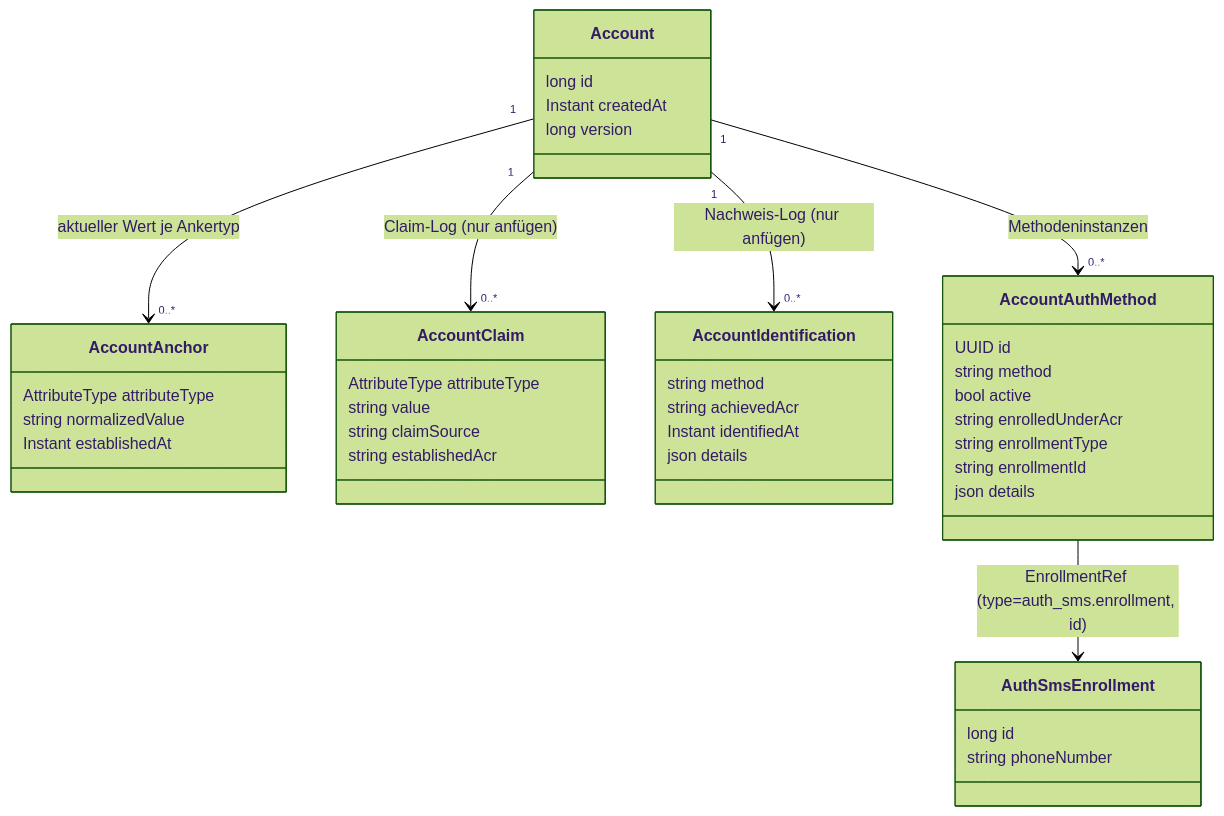
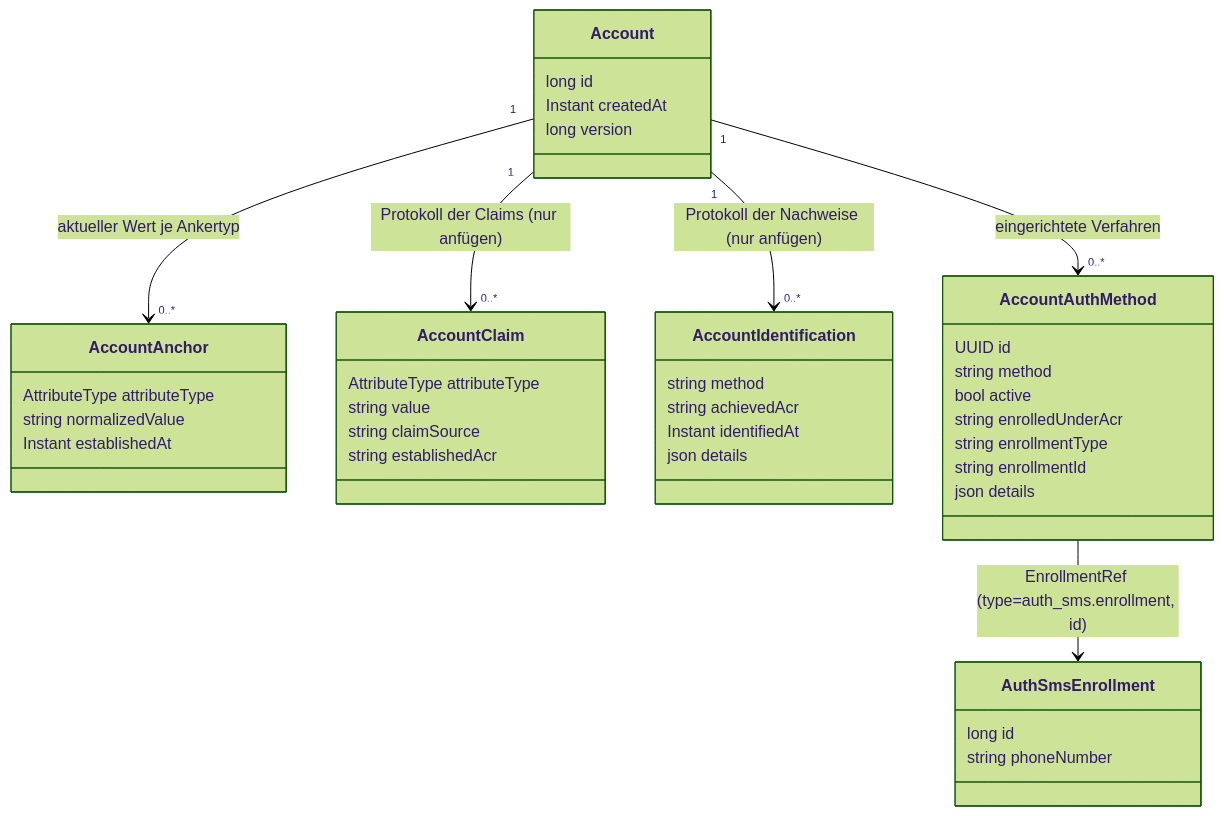
One commit to rpreissel/DPoP-demo changed the diagram in docs/06-ablaeufe.md. Above: the diagram before and after it, drawn with Mermaid (forest theme). The commit also changed other lines of this file and 67 other files, not shown here.

````diff
--- a/docs/06-ablaeufe.md
+++ b/docs/06-ablaeufe.md
@@ -19,44 +20,44 @@
 ```mermaid
 classDiagram
   class Account {
     long id
     Instant createdAt
     long version
   }
   class AccountAnchor {
     AttributeType attributeType
     string normalizedValue
     Instant establishedAt
   }
   class AccountClaim {
     AttributeType attributeType
     string value
     string claimSource
     string establishedAcr
   }
   class AccountIdentification {
     string method
     string achievedAcr
     Instant identifiedAt
     json details
   }
   class AccountAuthMethod {
     UUID id
     string method
     bool active
     string enrolledUnderAcr
     string enrollmentType
     string enrollmentId
     json details
   }
   class AuthSmsEnrollment {
     long id
     string phoneNumber
   }
 
   Account "1" --> "0..*" AccountAnchor : aktueller Wert je Ankertyp
-  Account "1" --> "0..*" AccountClaim : Claim-Log (nur anfügen)
-  Account "1" --> "0..*" AccountIdentification : Nachweis-Log (nur anfügen)
-  Account "1" --> "0..*" AccountAuthMethod : Methodeninstanzen
+  Account "1" --> "0..*" AccountClaim : Protokoll der Claims (nur anfügen)
+  Account "1" --> "0..*" AccountIdentification : Protokoll der Nachweise (nur anfügen)
+  Account "1" --> "0..*" AccountAuthMethod : eingerichtete Verfahren
   AccountAuthMethod --> AuthSmsEnrollment : EnrollmentRef (type=auth_sms.enrollment, id)
 ```
````
